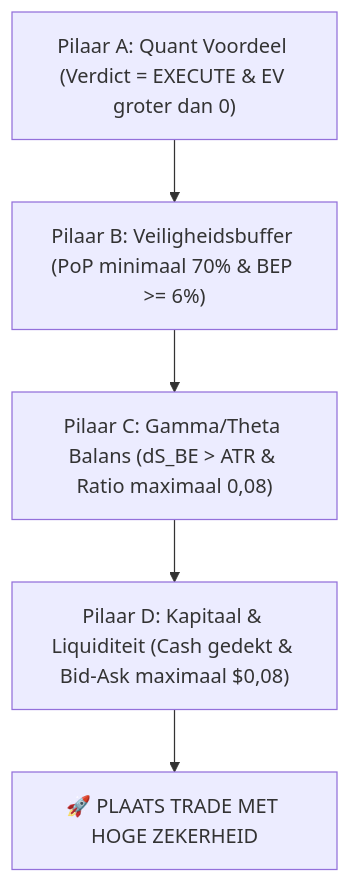
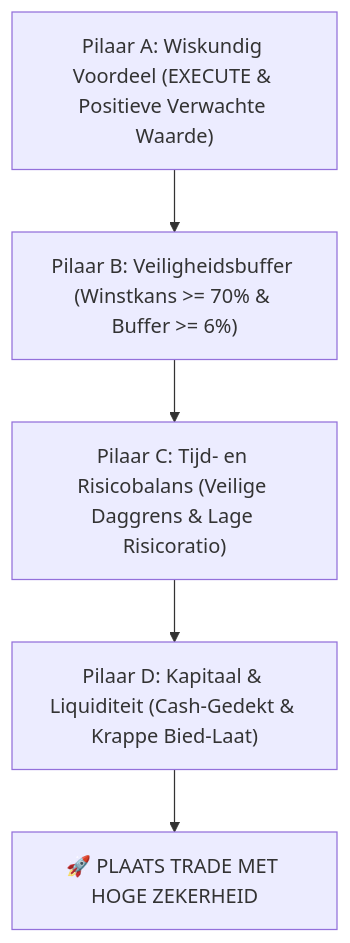
The first of 2 diagrams in Handleiding_Optie_Contract_Selectie.md (rvangiesen/spread_optie_selectie_2026vs1), drawn with Mermaid before and after one commit. The commit also changed other lines of this file and 1 other file, not shown here.

````diff
--- a/Handleiding_Optie_Contract_Selectie.md
+++ b/Handleiding_Optie_Contract_Selectie.md
@@ -934,7 +933,7 @@
 ```mermaid
 graph TD
- A["Pilaar A: Quant Voordeel (Verdict = EXECUTE & EV groter dan 0)"] --> B["Pilaar B: Veiligheidsbuffer (PoP minimaal 70% & BEP >= 6%)"]
- B --> C["Pilaar C: Gamma/Theta Balans (dS_BE > ATR & Ratio maximaal 0,08)"]
- C --> D["Pilaar D: Kapitaal & Liquiditeit (Cash gedekt & Bid-Ask maximaal $0,08)"]
+ A["Pilaar A: Wiskundig Voordeel (EXECUTE & Positieve Verwachte Waarde)"] --> B["Pilaar B: Veiligheidsbuffer (Winstkans >= 70% & Buffer >= 6%)"]
+ B --> C["Pilaar C: Tijd- en Risicobalans (Veilige Daggrens & Lage Risicoratio)"]
+ C --> D["Pilaar D: Kapitaal & Liquiditeit (Cash-Gedekt & Krappe Bied-Laat)"]
  D --> E["🚀 PLAATS TRADE MET HOGE ZEKERHEID"]
 ```
````
